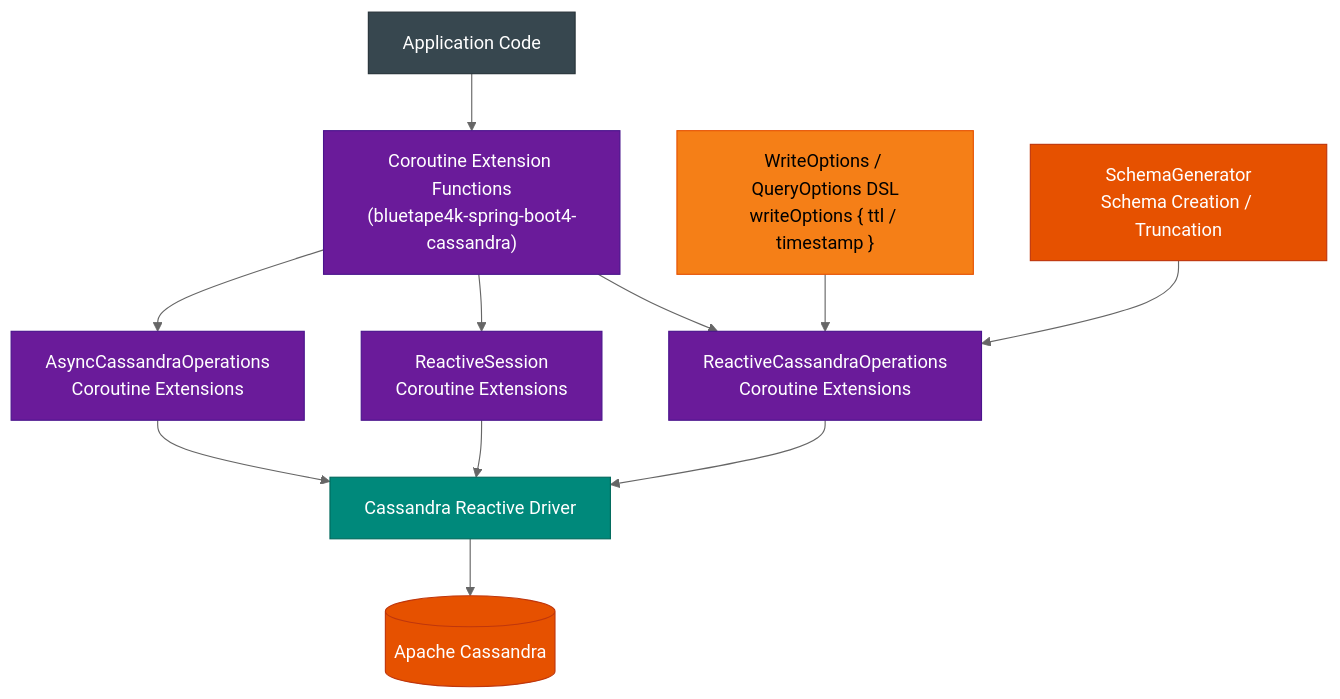
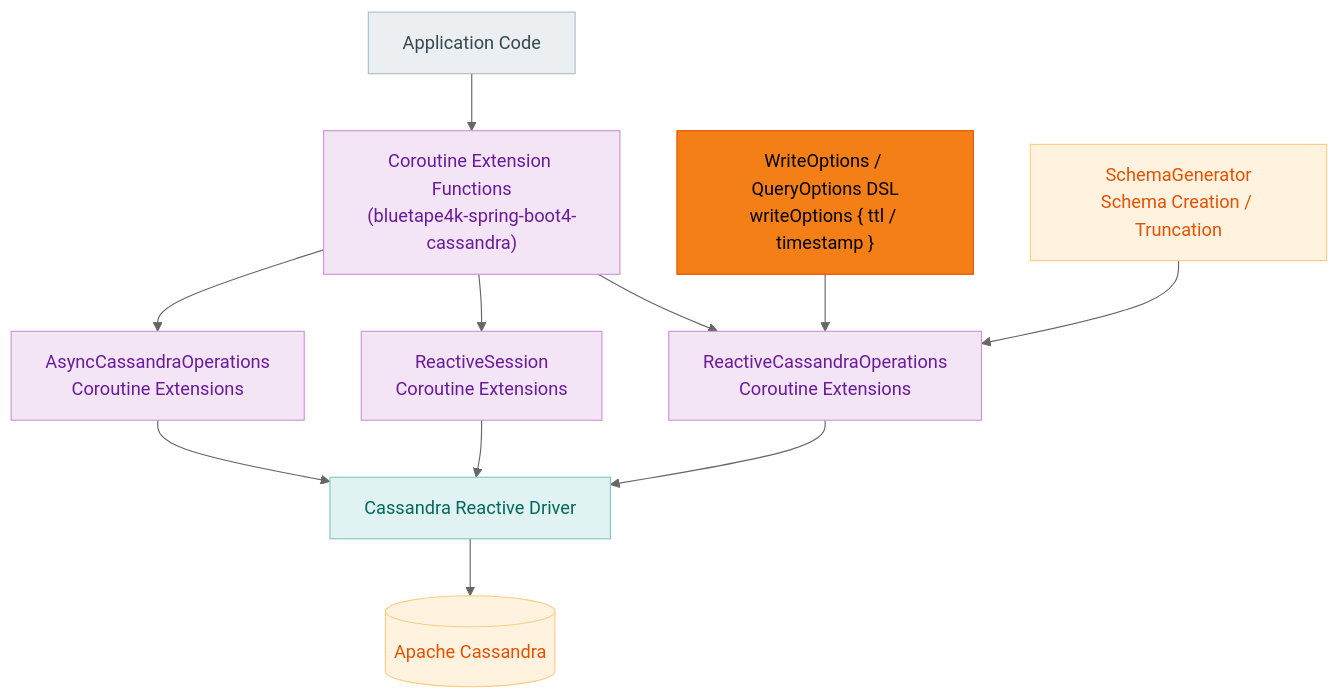
Before and after one commit to bluetape4k/bluetape4k-projects: the second of 3 diagrams in spring-boot4/cassandra/README.md, drawn with Mermaid (neutral theme). The commit also changed other lines of this file and 219 other files, not shown here.

First line of the commit message:
docs: 전체 README Mermaid 다이어그램 가이드 적용

````diff
--- a/spring-boot4/cassandra/README.md
+++ b/spring-boot4/cassandra/README.md
@@ -124,27 +124,27 @@
 ```mermaid
 flowchart TD
     App["Application Code"] --> Ext["Coroutine Extension Functions<br/>(bluetape4k-spring-boot4-cassandra)"]
     Ext --> ROps["ReactiveCassandraOperations<br/>Coroutine Extensions"]
     Ext --> RSession["ReactiveSession<br/>Coroutine Extensions"]
     Ext --> AOps["AsyncCassandraOperations<br/>Coroutine Extensions"]
     DSL["WriteOptions / QueryOptions DSL<br/>writeOptions { ttl / timestamp }"] --> ROps
     ROps --> Driver["Cassandra Reactive Driver"]
     RSession --> Driver
     AOps --> Driver
     Driver --> Cassandra[("Apache Cassandra")]
     SchemaGen["SchemaGenerator<br/>Schema Creation / Truncation"] --> ROps
 
-    classDef appStyle fill:#37474F,stroke:#263238,color:#FFFFFF
-    classDef extStyle fill:#6A1B9A,stroke:#4A148C,color:#FFFFFF
+    classDef appStyle fill:#ECEFF1,stroke:#B0BEC5,color:#37474F
+    classDef extStyle fill:#F3E5F5,stroke:#CE93D8,color:#6A1B9A
     classDef dslStyle fill:#F57F17,stroke:#E65100,color:#000000
-    classDef driverStyle fill:#00897B,stroke:#00695C,color:#FFFFFF
-    classDef dbStyle fill:#E65100,stroke:#BF360C,color:#FFFFFF
-    classDef utilStyle fill:#E65100,stroke:#BF360C,color:#FFFFFF
+    classDef driverStyle fill:#E0F2F1,stroke:#80CBC4,color:#00695C
+    classDef dbStyle fill:#FFF3E0,stroke:#FFCC80,color:#E65100
+    classDef utilStyle fill:#FFF3E0,stroke:#FFCC80,color:#E65100
 
     class App appStyle
     class Ext,ROps,RSession,AOps extStyle
     class DSL dslStyle
     class Driver driverStyle
     class Cassandra dbStyle
     class SchemaGen utilStyle
 ```
````
